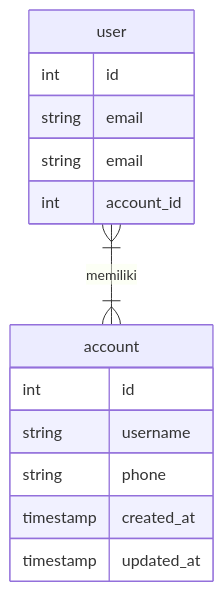
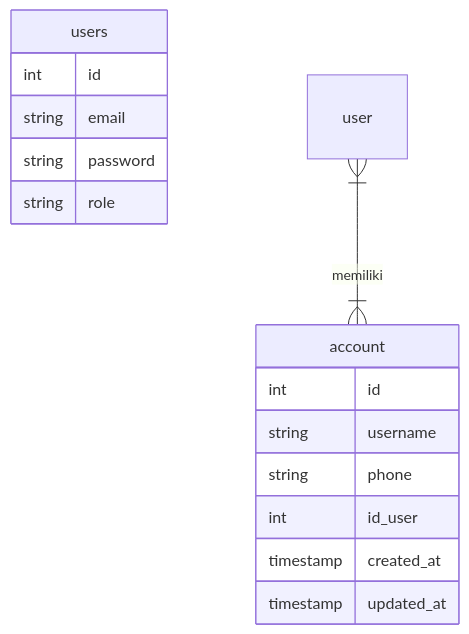
The diagram in README.md (federus1105/koda-b4-db4), drawn with Mermaid before and after one commit.

Commit message:
Fix (erd) : column on users and account

````diff
--- a/README.md
+++ b/README.md
@@ -3,22 +3,23 @@
 ```mermaid
 erDiagram
 
-user {
+users {
     int id
     string email
-    string email
-    int account_id
+    string password
+    string role
 }
 
 account {
     int id
     string username
     string phone
+    int id_user
     timestamp created_at
     timestamp updated_at
 }
 
 user }|--|{ account : memiliki
 
 
 ```
````
